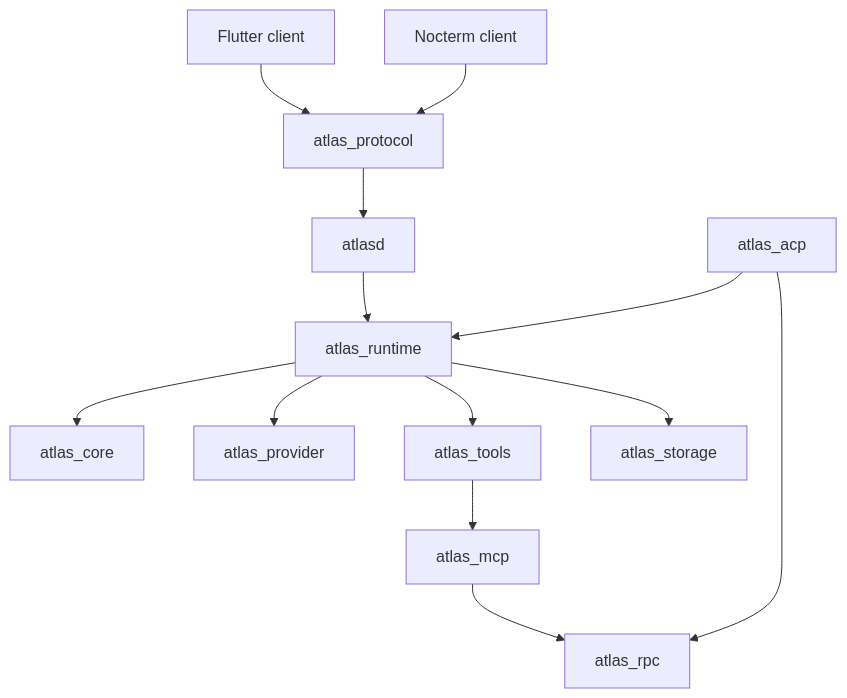
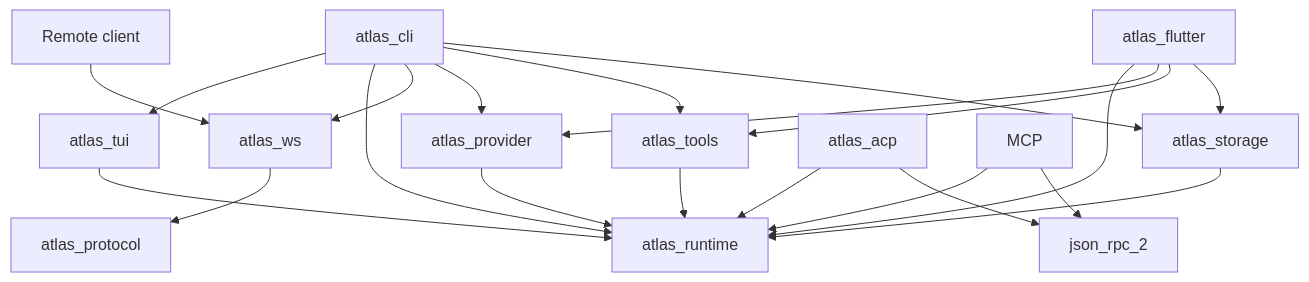
One commit to gvenusleo/Atlas changed the diagram in docs/architecture.md. Above: the diagram before and after it, drawn with Mermaid. The commit also changed other lines of this file and 38 other files, not shown here.

````diff
--- a/docs/architecture.md
+++ b/docs/architecture.md
@@ -11,15 +13,23 @@
 ```mermaid
 graph TD
-    FL[Flutter client] --> AP[atlas_protocol]
-    TUI[Nocterm client] --> AP
-    AP --> D[atlasd]
+    CLI[atlas_cli] --> TUI[atlas_tui]
+    CLI --> RT[atlas_runtime]
+    CLI --> WS[atlas_ws]
+    CLI --> PROVIDER[atlas_provider]
+    CLI --> TOOLS[atlas_tools]
+    CLI --> STORAGE[atlas_storage]
+    FL[atlas_flutter] --> RT
+    FL --> PROVIDER
+    FL --> TOOLS
+    FL --> STORAGE
+    TUI --> RT
+    REMOTE[Remote client] --> WS
+    WS --> AP[atlas_protocol]
     ACP[atlas_acp] --> RT[atlas_runtime]
-    D --> RT
-    RT --> CORE[atlas_core]
-    RT --> PROVIDER[atlas_provider]
-    RT --> TOOLS[atlas_tools]
-    RT --> STORAGE[atlas_storage]
-    TOOLS --> MCP[atlas_mcp]
-    ACP --> RPC[atlas_rpc]
-    MCP --> RPC
+    MCP --> RT
+    PROVIDER --> RT
+    TOOLS --> RT
+    STORAGE --> RT
+    ACP --> JRPC[json_rpc_2]
+    MCP --> JRPC
 ```
````
